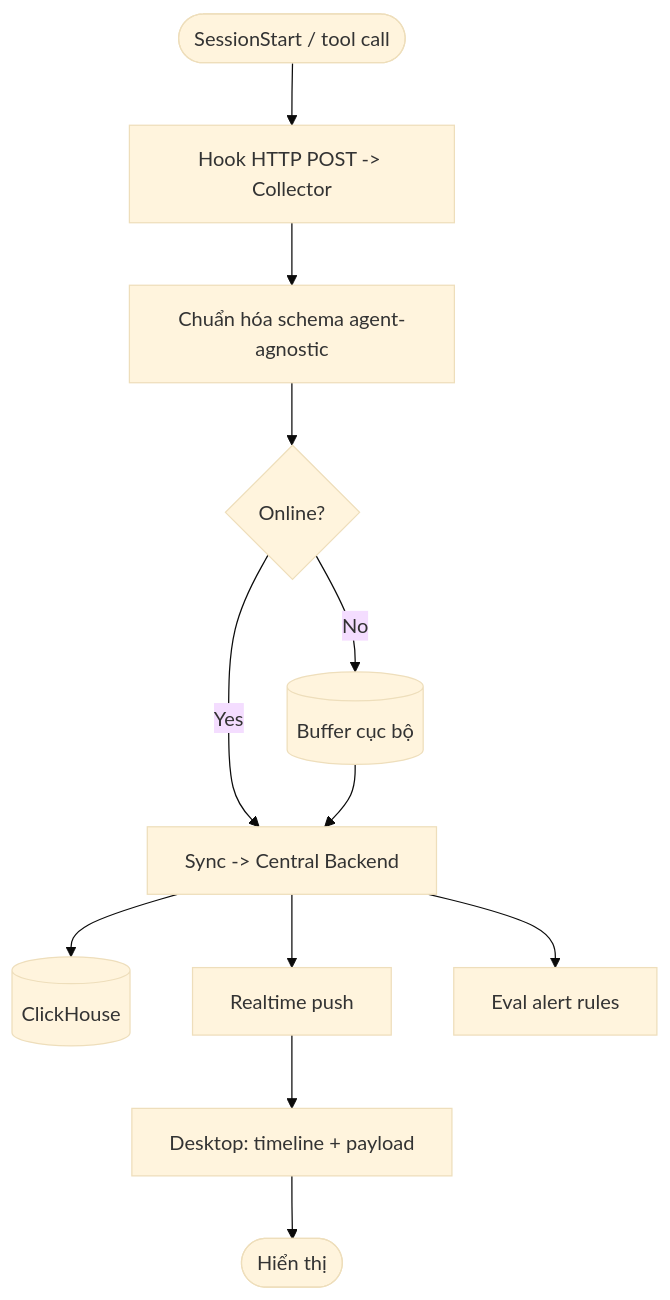
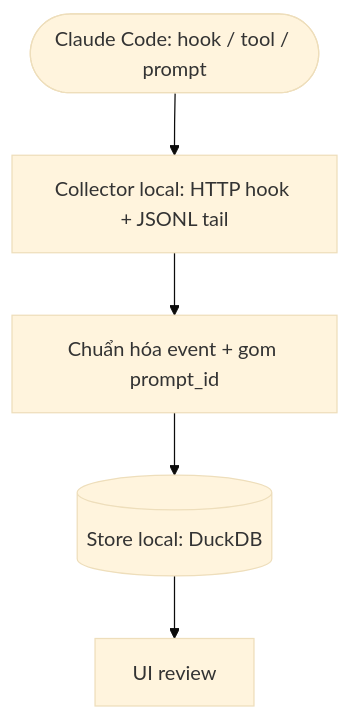
The diagram in agentlens-docs/PRD-0001-agent-observability.md (anhnth24/agent-lens), drawn with Mermaid (base theme) before and after one commit. The commit also changed other lines of this file and 9 other files, not shown here.

First line of the commit message:
docs: pivot AgentLens to lean local-first scope

````diff
--- a/agentlens-docs/PRD-0001-agent-observability.md
+++ b/agentlens-docs/PRD-0001-agent-observability.md
@@ -307,14 +109,7 @@
 ```mermaid
 flowchart TD
-  start([SessionStart / tool call]) --> hook[Hook HTTP POST -> Collector]
-  hook --> norm[Chuẩn hóa schema agent-agnostic]
-  norm --> buf{Online?}
-  buf -->|Yes| sync[Sync -> Central Backend]
-  buf -->|No| local[(Buffer cục bộ)]
-  local --> sync
-  sync --> ch[(ClickHouse)]
-  sync --> push[Realtime push]
-  push --> app[Desktop: timeline + payload]
-  sync --> ev[Eval alert rules]
-  app --> done([Hiển thị])
+  cc([Claude Code: hook / tool / prompt]) --> col[Collector local: HTTP hook + JSONL tail]
+  col --> norm[Chuẩn hóa event + gom prompt_id]
+  norm --> db[(Store local: DuckDB)]
+  db --> ui[UI review]
 ```
````
